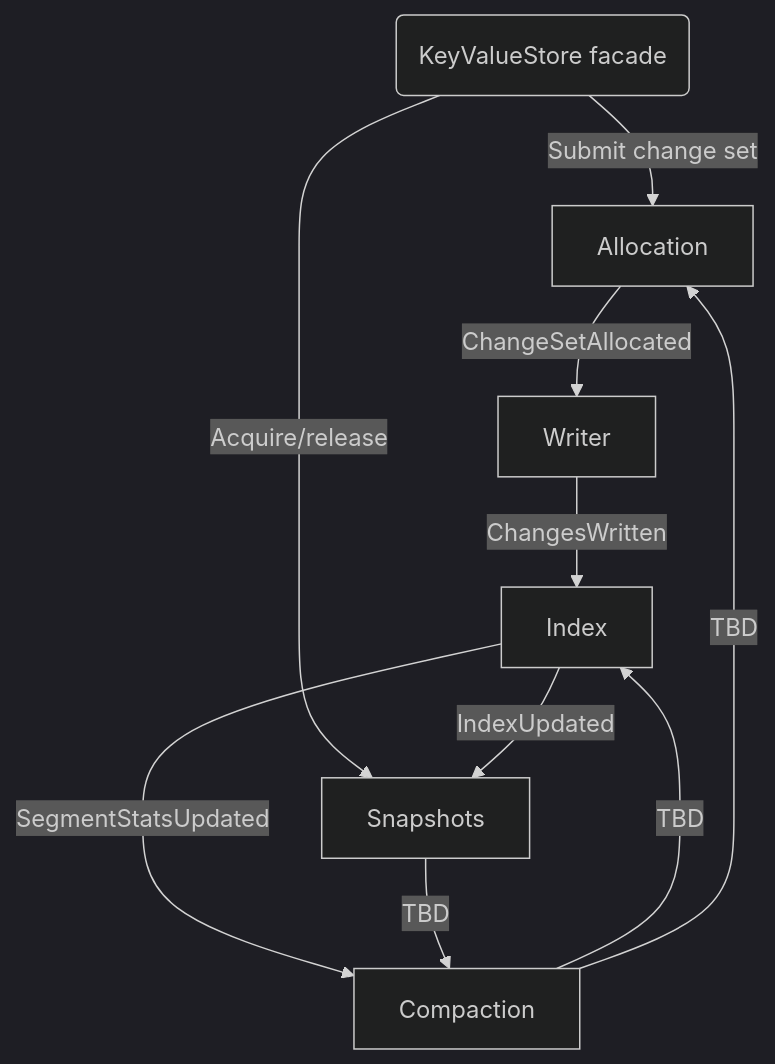
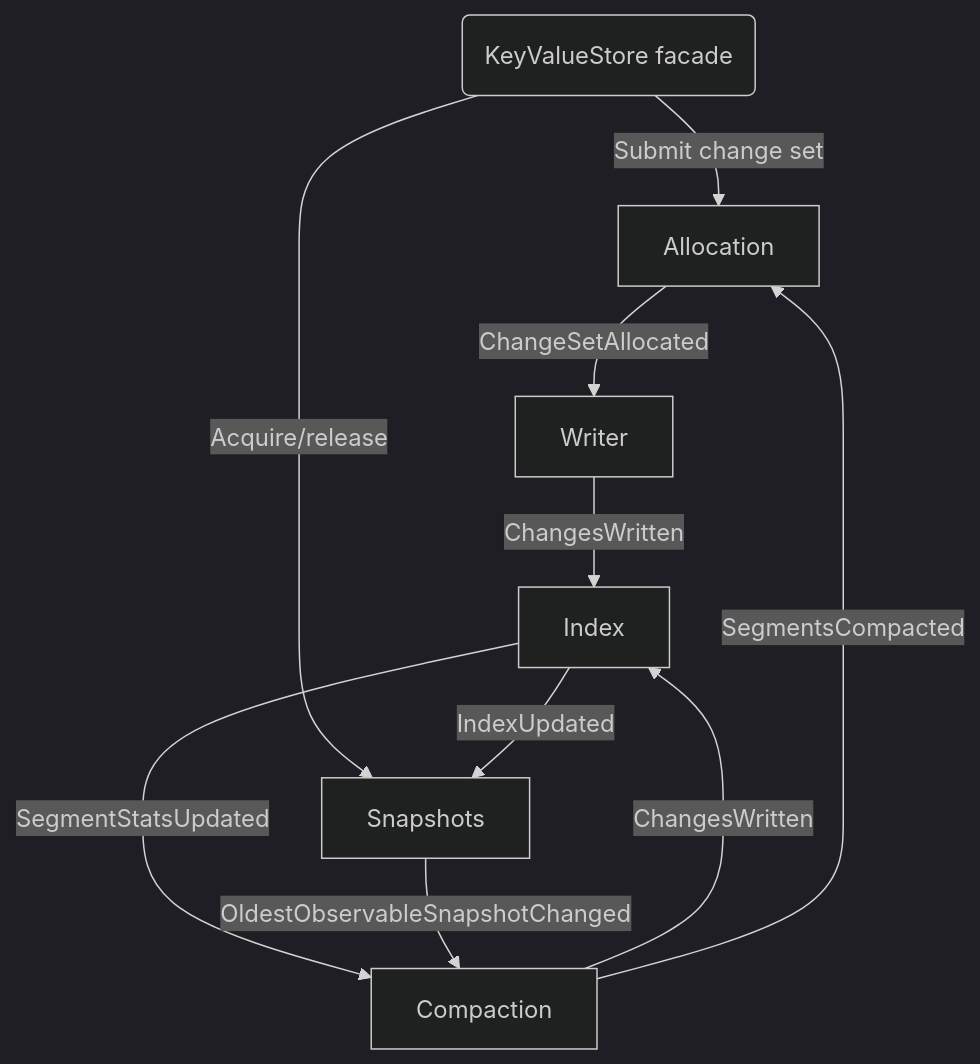
One commit to ig2r/fugu changed the diagram in README.md. Above: the diagram before and after it, drawn with Mermaid (dark theme). The commit also changed 7 other files, not shown here.

````diff
--- a/README.md
+++ b/README.md
@@ -67,15 +67,15 @@
 ```mermaid
 graph TD;
     KeyValueStore(KeyValueStore facade);
     KeyValueStore -- Submit change set --> Allocation;
     KeyValueStore -- Acquire/release --> Snapshots;
 
     Allocation -- ChangeSetAllocated --> Writer;
     Writer -- ChangesWritten --> Index;
     Index -- IndexUpdated --> Snapshots;
 
     Index -- SegmentStatsUpdated --> Compaction;
-    Snapshots -- TBD --> Compaction;
-    Compaction -- TBD --> Index;
-    Compaction -- TBD --> Allocation;
+    Snapshots -- OldestObservableSnapshotChanged --> Compaction;
+    Compaction -- ChangesWritten --> Index;
+    Compaction -- SegmentsCompacted --> Allocation;
 ```
````
